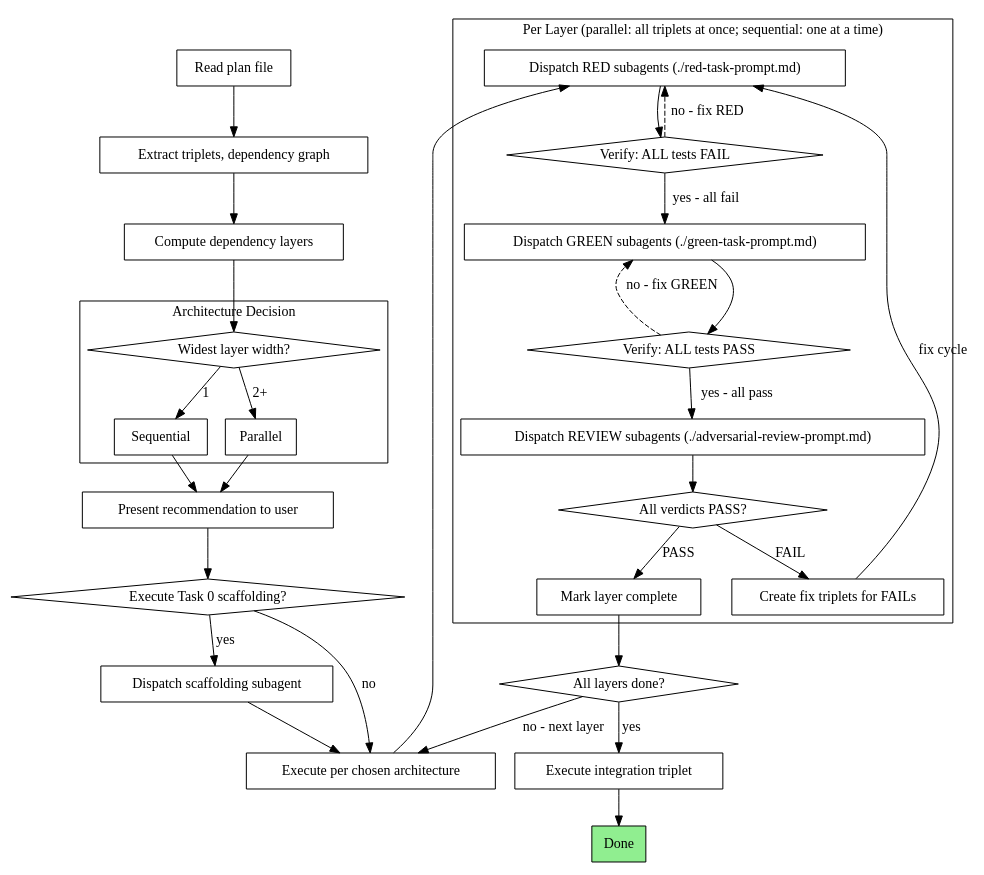
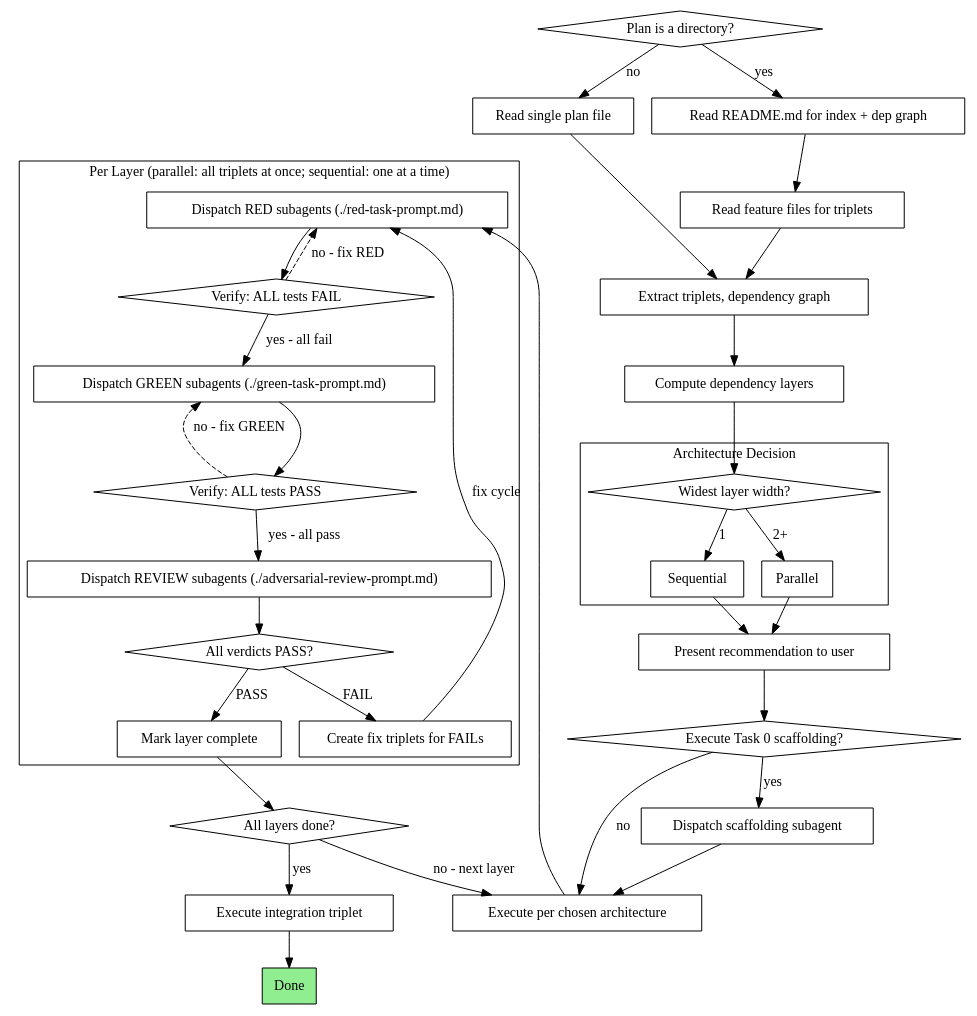
Before and after one commit to Dethon/ai-dev-flow: the second of 2 diagrams in skills/executing-tdd-plans/SKILL.md, drawn with Graphviz. The commit also changed other lines of this file and 5 other files, not shown here.

````diff
--- a/skills/executing-tdd-plans/SKILL.md
+++ b/skills/executing-tdd-plans/SKILL.md
@@ -38,66 +38,73 @@
 ```dot
 digraph process {
     rankdir=TB;
 
-    "Read plan file" [shape=box];
+    "Plan is a directory?" [shape=diamond];
+    "Read single plan file" [shape=box];
+    "Read README.md for index + dep graph" [shape=box];
+    "Read feature files for triplets" [shape=box];
     "Extract triplets, dependency graph" [shape=box];
     "Compute dependency layers" [shape=box];
 
     subgraph cluster_decide {
         label="Architecture Decision";
         "Widest layer width?" [shape=diamond];
         "Sequential" [shape=box];
         "Parallel" [shape=box];
     }
 
     "Present recommendation to user" [shape=box];
     "Execute Task 0 scaffolding?" [shape=diamond];
     "Dispatch scaffolding subagent" [shape=box];
     "Execute per chosen architecture" [shape=box];
 
     subgraph cluster_per_layer {
         label="Per Layer (parallel: all triplets at once; sequential: one at a time)";
         "Dispatch RED subagents (./red-task-prompt.md)" [shape=box];
         "Verify: ALL tests FAIL" [shape=diamond];
         "Dispatch GREEN subagents (./green-task-prompt.md)" [shape=box];
         "Verify: ALL tests PASS" [shape=diamond];
         "Dispatch REVIEW subagents (./adversarial-review-prompt.md)" [shape=box];
         "All verdicts PASS?" [shape=diamond];
         "Create fix triplets for FAILs" [shape=box];
         "Mark layer complete" [shape=box];
     }
 
     "All layers done?" [shape=diamond];
     "Execute integration triplet" [shape=box];
     "Done" [shape=box, style=filled, fillcolor=lightgreen];
 
-    "Read plan file" -> "Extract triplets, dependency graph";
+    "Plan is a directory?" -> "Read README.md for index + dep graph" [label="yes"];
+    "Plan is a directory?" -> "Read single plan file" [label="no"];
+    "Read README.md for index + dep graph" -> "Read feature files for triplets";
+    "Read feature files for triplets" -> "Extract triplets, dependency graph";
+    "Read single plan file" -> "Extract triplets, dependency graph";
     "Extract triplets, dependency graph" -> "Compute dependency layers";
     "Compute dependency layers" -> "Widest layer width?";
     "Widest layer width?" -> "Sequential" [label="1"];
     "Widest layer width?" -> "Parallel" [label="2+"];
     "Sequential" -> "Present recommendation to user";
     "Parallel" -> "Present recommendation to user";
     "Present recommendation to user" -> "Execute Task 0 scaffolding?";
     "Execute Task 0 scaffolding?" -> "Dispatch scaffolding subagent" [label="yes"];
     "Execute Task 0 scaffolding?" -> "Execute per chosen architecture" [label="no"];
     "Dispatch scaffolding subagent" -> "Execute per chosen architecture";
 
     "Execute per chosen architecture" -> "Dispatch RED subagents (./red-task-prompt.md)";
     "Dispatch RED subagents (./red-task-prompt.md)" -> "Verify: ALL tests FAIL";
     "Verify: ALL tests FAIL" -> "Dispatch GREEN subagents (./green-task-prompt.md)" [label="yes - all fail"];
     "Verify: ALL tests FAIL" -> "Dispatch RED subagents (./red-task-prompt.md)" [label="no - fix RED", style=dashed];
     "Dispatch GREEN subagents (./green-task-prompt.md)" -> "Verify: ALL tests PASS";
     "Verify: ALL tests PASS" -> "Dispatch REVIEW subagents (./adversarial-review-prompt.md)" [label="yes - all pass"];
     "Verify: ALL tests PASS" -> "Dispatch GREEN subagents (./green-task-prompt.md)" [label="no - fix GREEN", style=dashed];
     "Dispatch REVIEW subagents (./adversarial-review-prompt.md)" -> "All verdicts PASS?";
     "All verdicts PASS?" -> "Mark layer complete" [label="PASS"];
     "All verdicts PASS?" -> "Create fix triplets for FAILs" [label="FAIL"];
     "Create fix triplets for FAILs" -> "Dispatch RED subagents (./red-task-prompt.md)" [label="fix cycle"];
 
     "Mark layer complete" -> "All layers done?";
     "All layers done?" -> "Execute per chosen architecture" [label="no - next layer"];
     "All layers done?" -> "Execute integration triplet" [label="yes"];
     "Execute integration triplet" -> "Done";
 }
 ```
````
